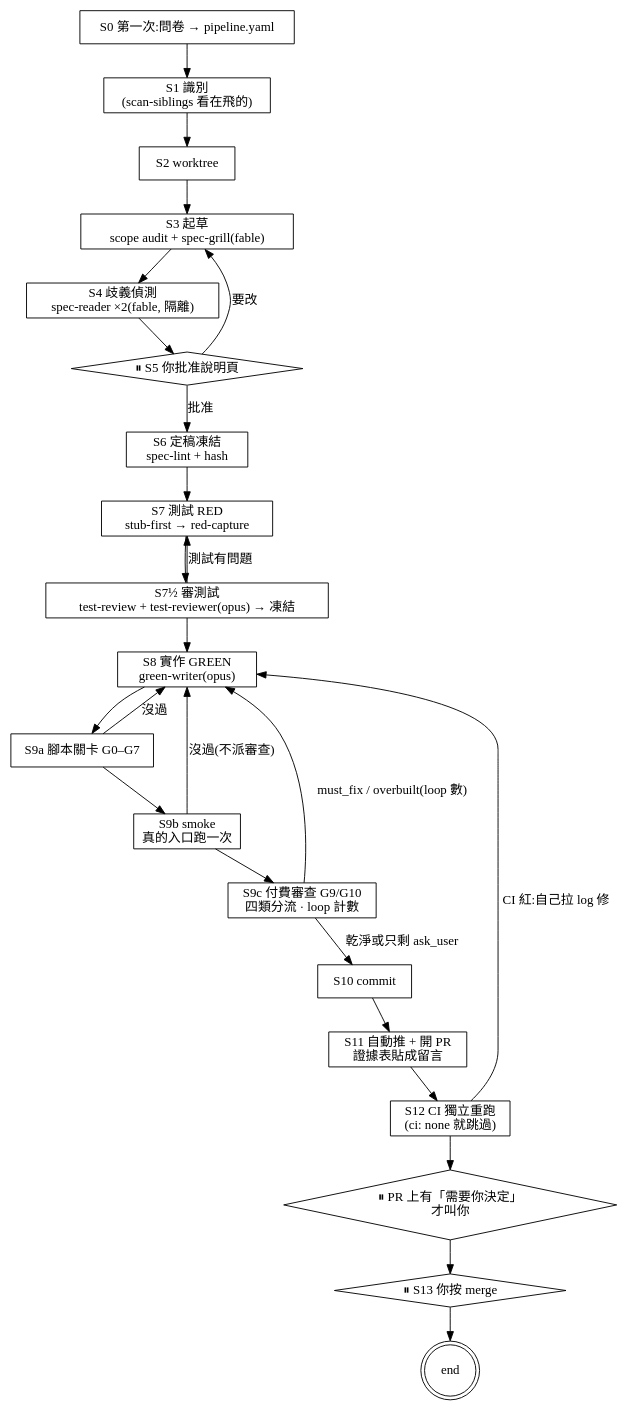
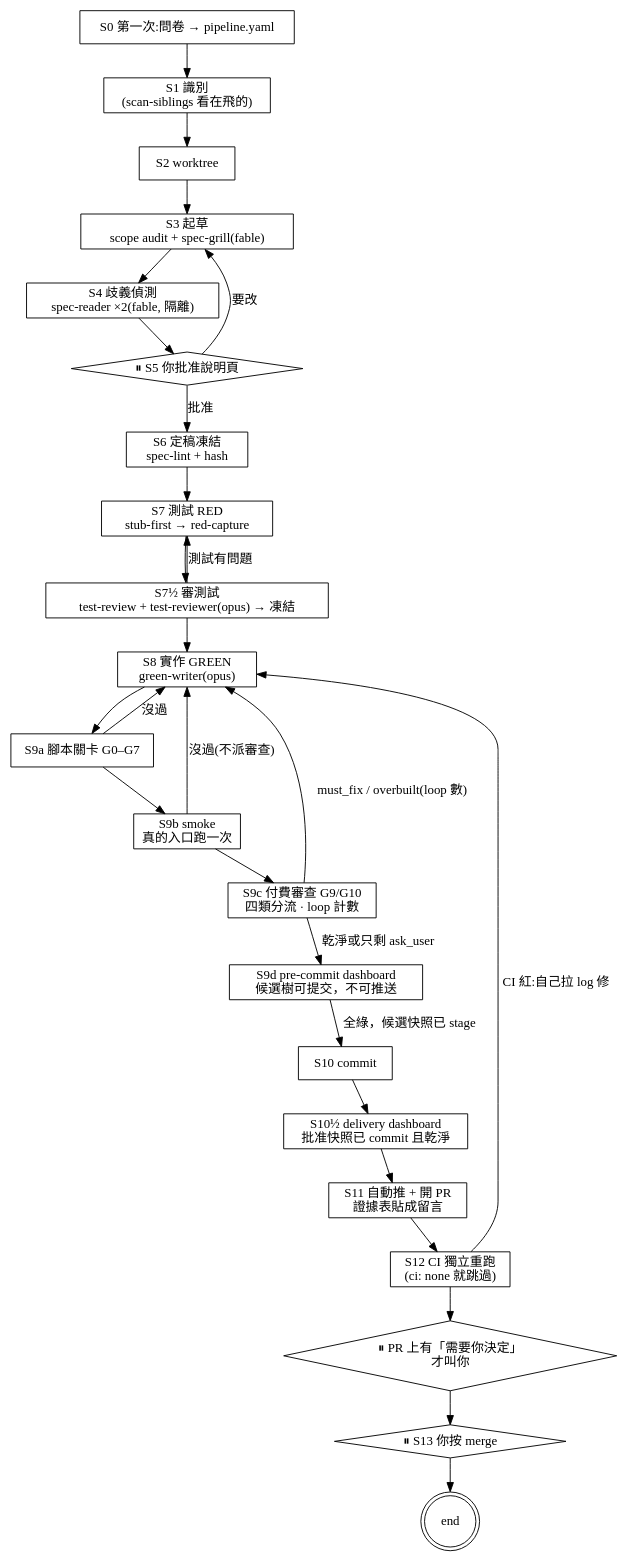
One commit to Chiao75543/claude-workflow changed the diagram in skills/workflow-orchestrator/SKILL.md. Above: the diagram before and after it, drawn with Graphviz. The commit also changed other lines of this file and 9 other files, not shown here.

````diff
--- a/skills/workflow-orchestrator/SKILL.md
+++ b/skills/workflow-orchestrator/SKILL.md
@@ -99,35 +99,38 @@
 ```dot
 digraph workflow {
   s0 [shape=box, label="S0 第一次:問卷 → pipeline.yaml"];
   s1 [shape=box, label="S1 識別\n(scan-siblings 看在飛的)"];
   s2 [shape=box, label="S2 worktree"];
   s3 [shape=box, label="S3 起草\nscope audit + spec-grill(fable)"];
   s4 [shape=box, label="S4 歧義偵測\nspec-reader ×2(fable, 隔離)"];
   s5 [shape=diamond, label="⏸ S5 你批准說明頁"];
   s6 [shape=box, label="S6 定稿凍結\nspec-lint + hash"];
   s7 [shape=box, label="S7 測試 RED\nstub-first → red-capture"];
   s7b [shape=box, label="S7½ 審測試\ntest-review + test-reviewer(opus) → 凍結"];
   s8 [shape=box, label="S8 實作 GREEN\ngreen-writer(opus)"];
   s9a [shape=box, label="S9a 腳本關卡 G0–G7"];
   s9b [shape=box, label="S9b smoke\n真的入口跑一次"];
   s9c [shape=box, label="S9c 付費審查 G9/G10\n四類分流 · loop 計數"];
+  precommit [shape=box, label="S9d pre-commit dashboard\n候選樹可提交，不可推送"];
   s10 [shape=box, label="S10 commit"];
+  delivery [shape=box, label="S10½ delivery dashboard\n批准快照已 commit 且乾淨"];
   s11 [shape=box, label="S11 自動推 + 開 PR\n證據表貼成留言"];
   s12 [shape=box, label="S12 CI 獨立重跑\n(ci: none 就跳過)"];
   s13a [shape=diamond, label="⏸ PR 上有「需要你決定」\n才叫你"];
   s13 [shape=diamond, label="⏸ S13 你按 merge"];
   done [shape=doublecircle, label="end"];
 
   s0 -> s1 -> s2 -> s3 -> s4 -> s5;
   s5 -> s3 [label="要改"];
   s5 -> s6 [label="批准"];
   s6 -> s7 -> s7b -> s8 -> s9a -> s9b -> s9c;
   s7b -> s7 [label="測試有問題"];
   s9a -> s8 [label="沒過"];
   s9b -> s8 [label="沒過(不派審查)"];
   s9c -> s8 [label="must_fix / overbuilt(loop 數)"];
-  s9c -> s10 [label="乾淨或只剩 ask_user"];
-  s10 -> s11 -> s12 -> s13a -> s13 -> done;
+  s9c -> precommit [label="乾淨或只剩 ask_user"];
+  precommit -> s10 [label="全綠，候選快照已 stage"];
+  s10 -> delivery -> s11 -> s12 -> s13a -> s13 -> done;
   s12 -> s8 [label="CI 紅:自己拉 log 修"];
 }
 ```
````
